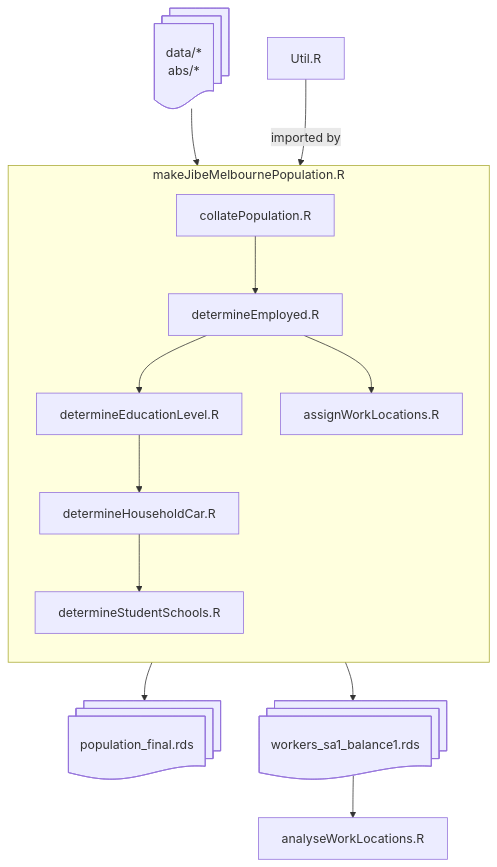
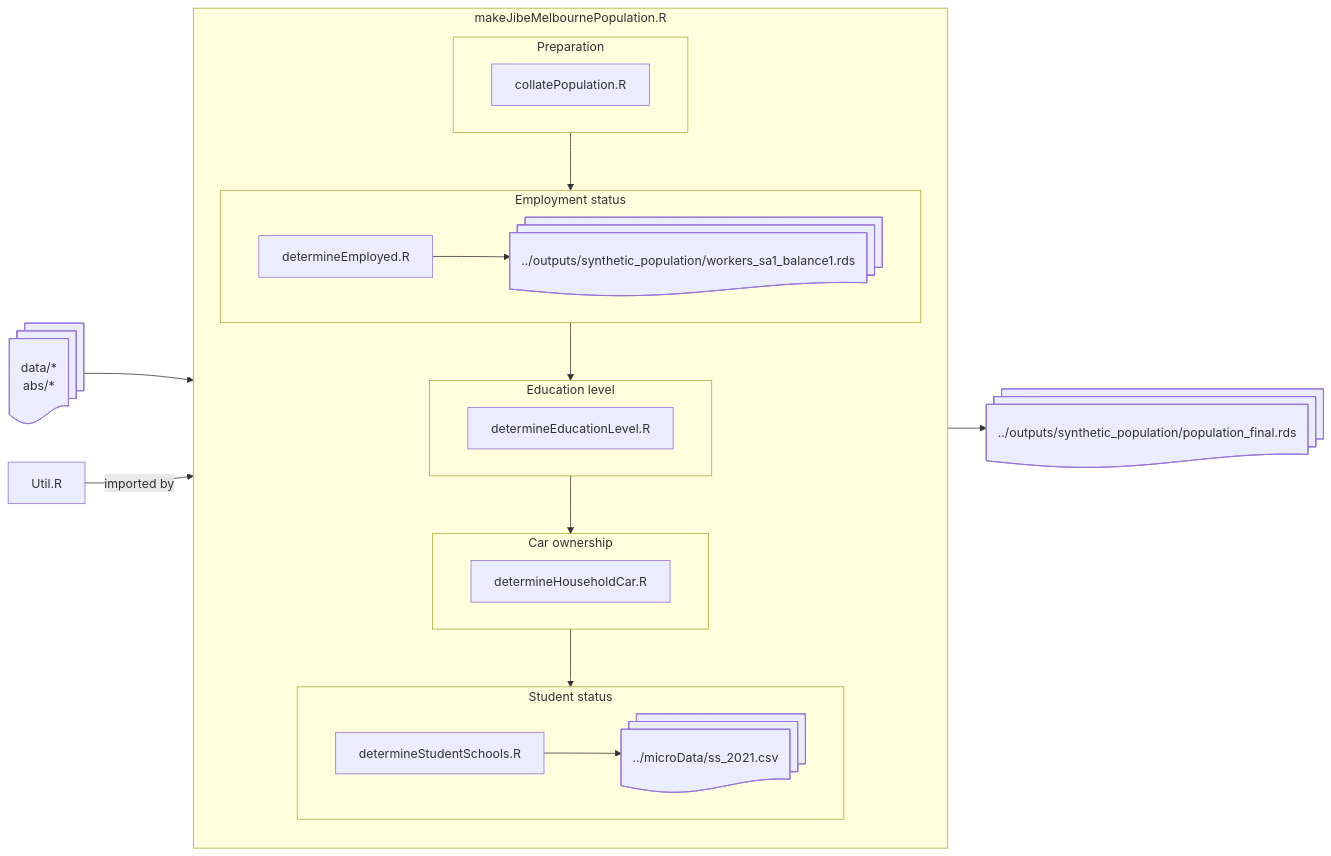
Before and after one commit to jibeproject/syntheticPopulationMelbourne: the diagram in README.md, drawn with Mermaid. The commit also changed other lines of this file, not shown here.

````diff
--- a/README.md
+++ b/README.md
@@ -21,20 +28,27 @@
 ```mermaid
-flowchart TD
+flowchart LR
     subgraph makeJibeMelbournePopulation.R
-        direction TB 
-        collatePopulation.R -->
-        determineEmployed.R -->
-        determineEducationLevel.R -->
-        determineHouseholdCar.R -->
-        determineStudentSchools.R
-        determineEmployed.R -->
-        assignWorkLocations.R
+        direction TB
+        subgraph Preparation
+            collatePopulation.R
+        end
+        subgraph Employment ["Employment status"]
+            direction LR
+            determineEmployed.R -->workData@{ shape: docs, label: "../outputs/synthetic_population/workers_sa1_balance1.rds"}
+        end
+        subgraph Education ["Education level"]
+            determineEducationLevel.R
+        end
+        subgraph Car ["Car ownership"]
+            determineHouseholdCar.R
+        end
+        subgraph Students ["Student status"]
+            direction LR
+            determineStudentSchools.R --> microdata@{ shape: docs, label: "../microData/ss_2021.csv"}
+        end
     end
+    Preparation --> Employment --> Education --> Car --> Students
     input@{ shape: docs, label: "data/*\nabs/*\n"}--> makeJibeMelbournePopulation.R
     Util.R--imported by-->makeJibeMelbournePopulation.R
-    makeJibeMelbournePopulation.R -->
-    population@{ shape: docs, label: "population_final.rds"}
-    makeJibeMelbournePopulation.R -->
-    workData@{ shape: docs, label: "workers_sa1_balance1.rds"} -->
-    analyseWorkLocations.R
+    makeJibeMelbournePopulation.R --> population@{ shape: docs, label: "../outputs/synthetic_population/population_final.rds"}
 ```
````
